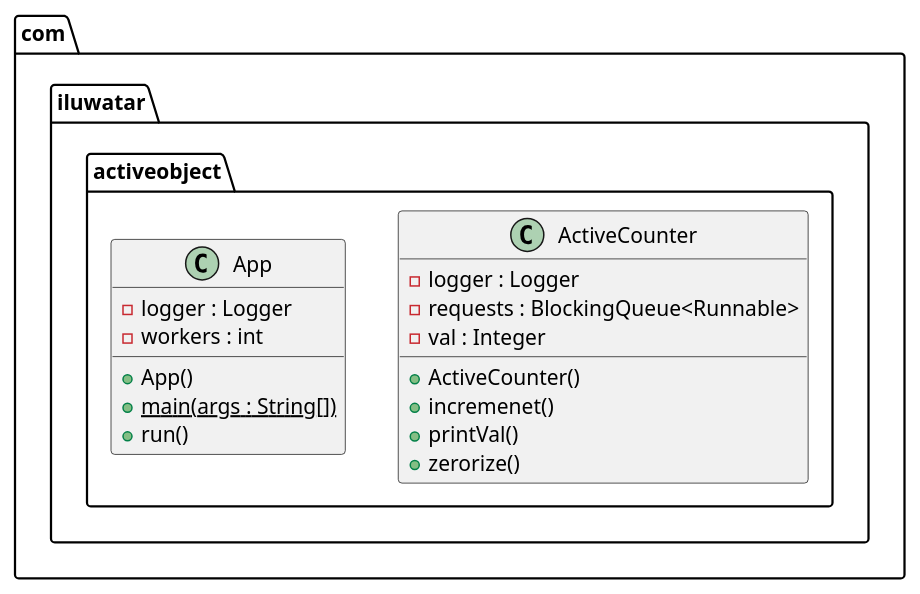
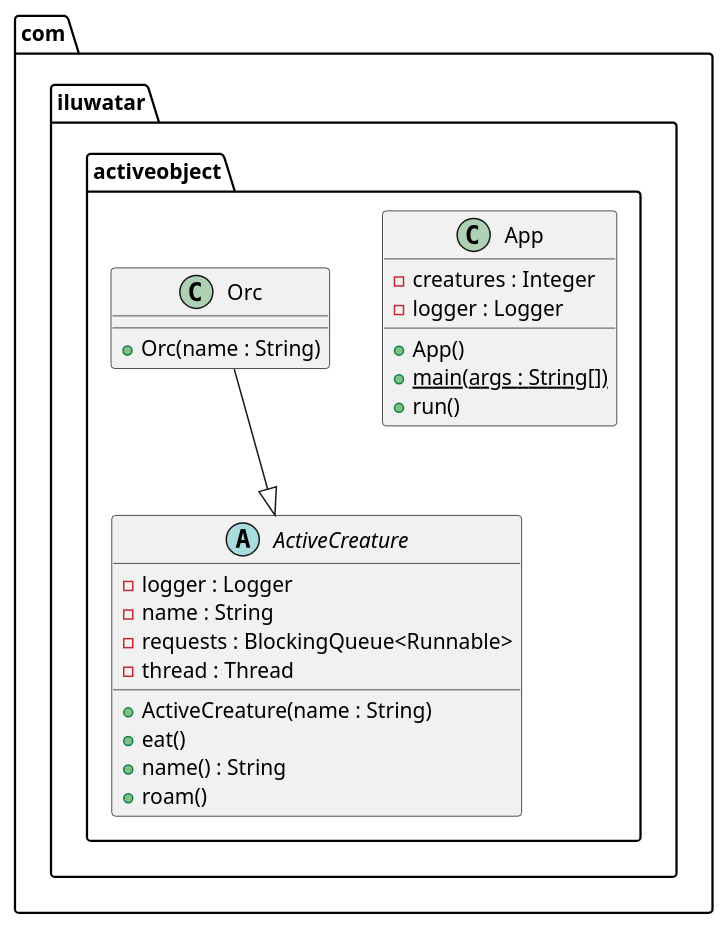
One commit to iluwatar/java-design-patterns changed the diagram in active-object/etc/active-object.urm.puml. Above: the diagram before and after it, drawn with PlantUML. The commit also changed 4 other files, not shown here.

```diff
--- a/active-object/etc/active-object.urm.puml
+++ b/active-object/etc/active-object.urm.puml
@@ -1,20 +1,25 @@
 @startuml
 package com.iluwatar.activeobject {
-  class ActiveCounter {
+  abstract class ActiveCreature {
     - logger : Logger
+    - name : String
     - requests : BlockingQueue<Runnable>
-    - val : Integer
-    + ActiveCounter()
-    + incremenet()
-    + printVal()
-    + zerorize()
+    - thread : Thread
+    + ActiveCreature(name : String)
+    + eat()
+    + name() : String
+    + roam()
   }
   class App {
+    - creatures : Integer
     - logger : Logger
-    - workers : int
     + App()
     + main(args : String[]) {static}
     + run()
   }
+  class Orc {
+    + Orc(name : String)
+  }
 }
+Orc --|> ActiveCreature 
 @enduml
```
